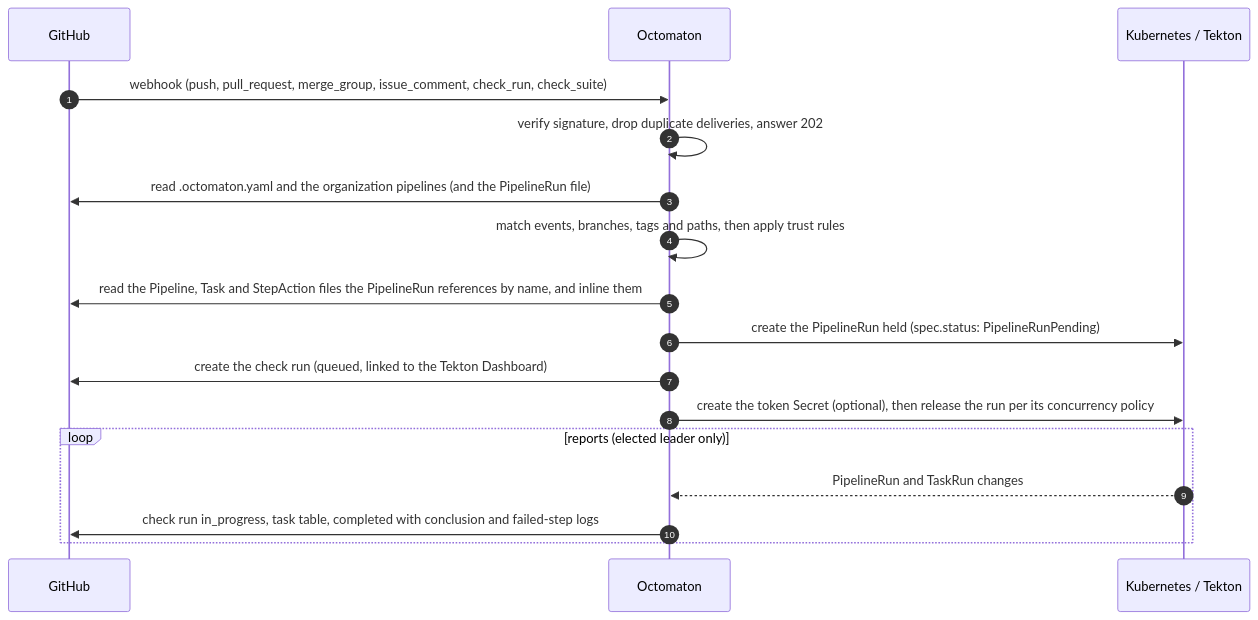
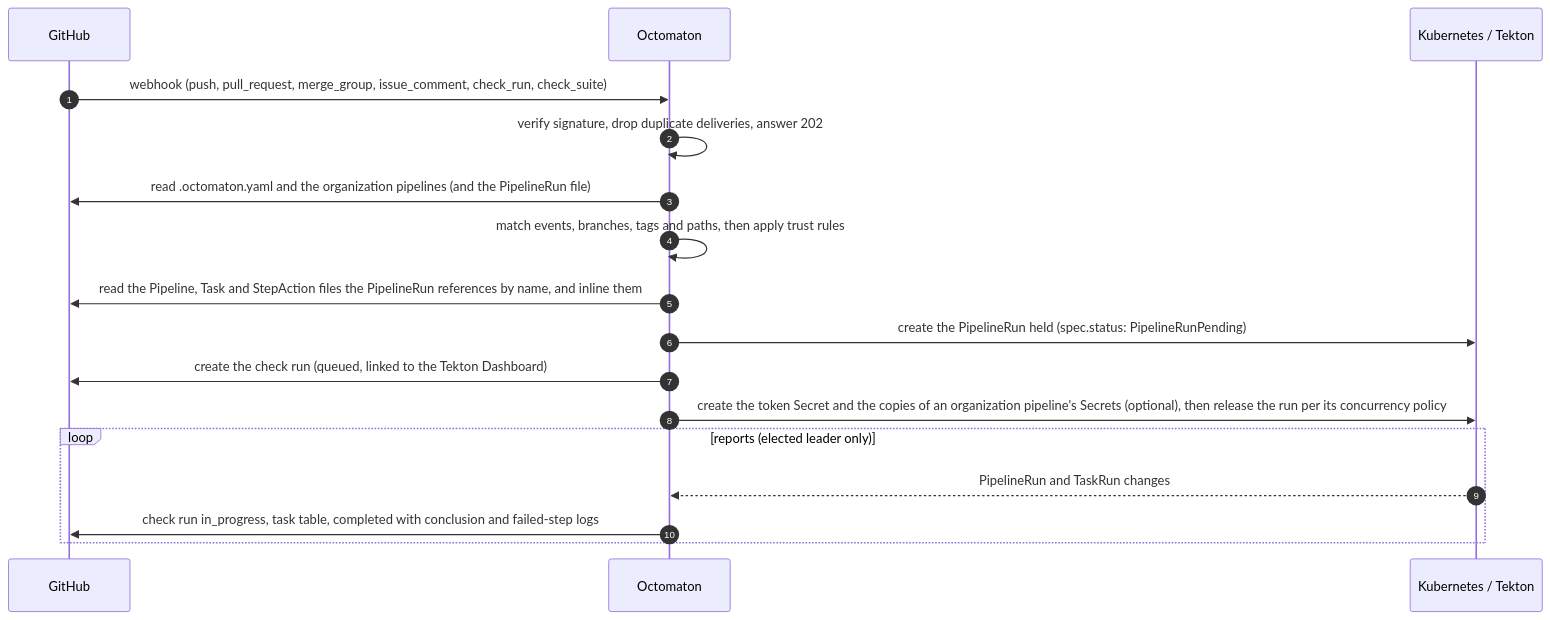
Before and after one commit to arikkfir-org/octomaton: the diagram in README.md, drawn with Mermaid. The commit also changed other lines of this file and 15 other files, not shown here.

First line of the commit message:
feat(runs): copy organization pipeline Secrets from their namespace

````diff
--- a/README.md
+++ b/README.md
@@ -16,19 +16,19 @@
 ```mermaid
 sequenceDiagram
   autonumber
   participant GH as GitHub
   participant SB as Octomaton
   participant K8s as Kubernetes / Tekton
   GH->>SB: webhook (push, pull_request, merge_group, issue_comment, check_run, check_suite)
   SB->>SB: verify signature, drop duplicate deliveries, answer 202
   SB->>GH: read .octomaton.yaml and the organization pipelines (and the PipelineRun file)
   SB->>SB: match events, branches, tags and paths, then apply trust rules
   SB->>GH: read the Pipeline, Task and StepAction files the PipelineRun references by name, and inline them
   SB->>K8s: create the PipelineRun held (spec.status: PipelineRunPending)
   SB->>GH: create the check run (queued, linked to the Tekton Dashboard)
-  SB->>K8s: create the token Secret (optional), then release the run per its concurrency policy
+  SB->>K8s: create the token Secret and the copies of an organization pipeline's Secrets (optional), then release the run per its concurrency policy
   loop reports (elected leader only)
     K8s-->>SB: PipelineRun and TaskRun changes
     SB->>GH: check run in_progress, task table, completed with conclusion and failed-step logs
   end
 ```
````
